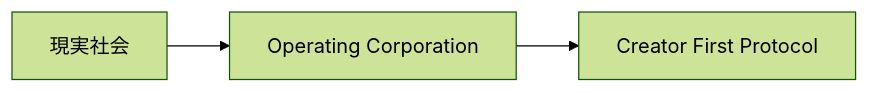
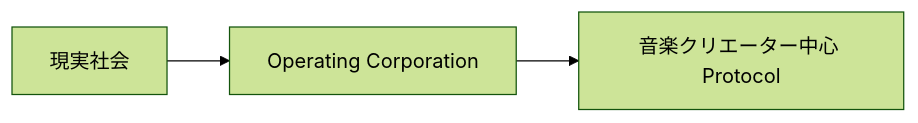
One commit to ShigeichiroYamasaki/creator-first-platform changed the second of 45 diagrams in docs/whitepaper/11-legal-sto-tax.md. Above: the diagram before and after it, drawn with Mermaid (forest theme). The commit also changed other lines of this file and 67 other files, not shown here.

````diff
--- a/docs/whitepaper/11-legal-sto-tax.md
+++ b/docs/whitepaper/11-legal-sto-tax.md
@@ -72,8 +72,8 @@
 ```mermaid
 flowchart LR
     REAL[現実社会]
     CORP[Operating Corporation]
-    PROTOCOL[Creator First Protocol]
+    PROTOCOL[音楽クリエーター中心 Protocol]
 
     REAL --> CORP --> PROTOCOL
 ```
````
